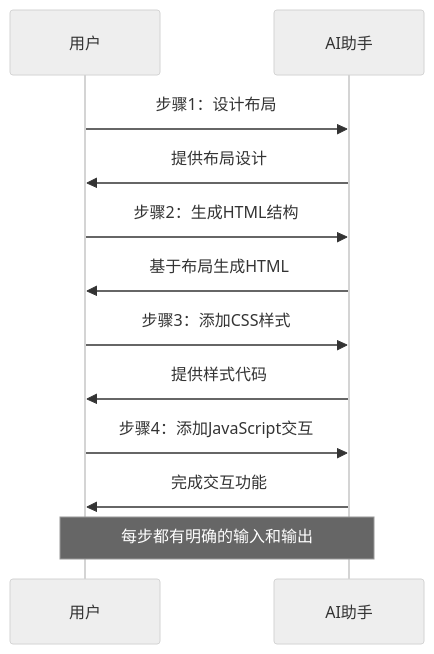
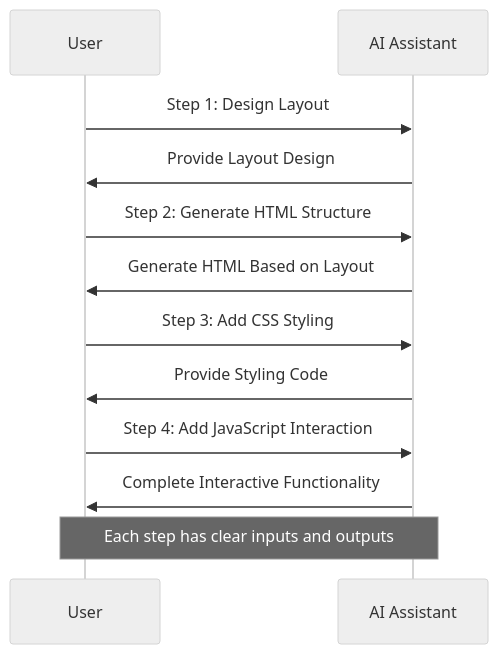
The fifth of 7 diagrams in versioned_docs/version-2024-winter/basics/prompt-engineering.mdx (ChanMeng666/ai-programming-teaching-project), drawn with Mermaid (neutral theme) before and after one commit. The commit also changed other lines of this file and 472 other files, not shown here.

````diff
--- a/versioned_docs/version-2024-winter/basics/prompt-engineering.mdx
+++ b/versioned_docs/version-2024-winter/basics/prompt-engineering.mdx
@@ -199,19 +223,19 @@
 ```mermaid
 sequenceDiagram
-    participant U as 用户
-    participant AI as AI助手
-    
-    U->>AI: 步骤1：设计布局
-    AI->>U: 提供布局设计
-    
-    U->>AI: 步骤2：生成HTML结构
-    AI->>U: 基于布局生成HTML
-    
-    U->>AI: 步骤3：添加CSS样式
-    AI->>U: 提供样式代码
-    
-    U->>AI: 步骤4：添加JavaScript交互
-    AI->>U: 完成交互功能
-    
-    Note over U,AI: 每步都有明确的输入和输出
+    participant U as User
+    participant AI as AI Assistant
+
+    U->>AI: Step 1: Design Layout
+    AI->>U: Provide Layout Design
+
+    U->>AI: Step 2: Generate HTML Structure
+    AI->>U: Generate HTML Based on Layout
+
+    U->>AI: Step 3: Add CSS Styling
+    AI->>U: Provide Styling Code
+
+    U->>AI: Step 4: Add JavaScript Interaction
+    AI->>U: Complete Interactive Functionality
+
+    Note over U,AI: Each step has clear inputs and outputs
 ```
````
